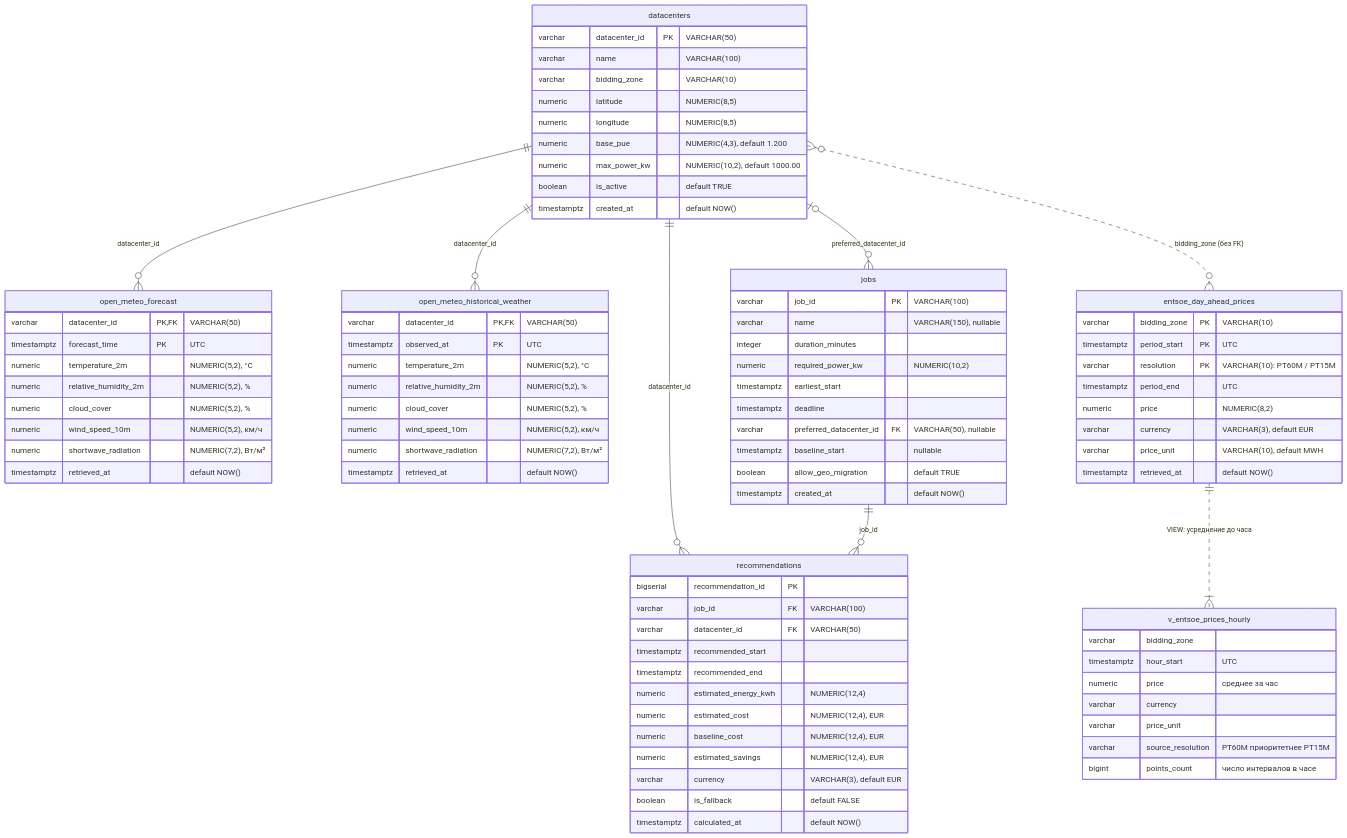
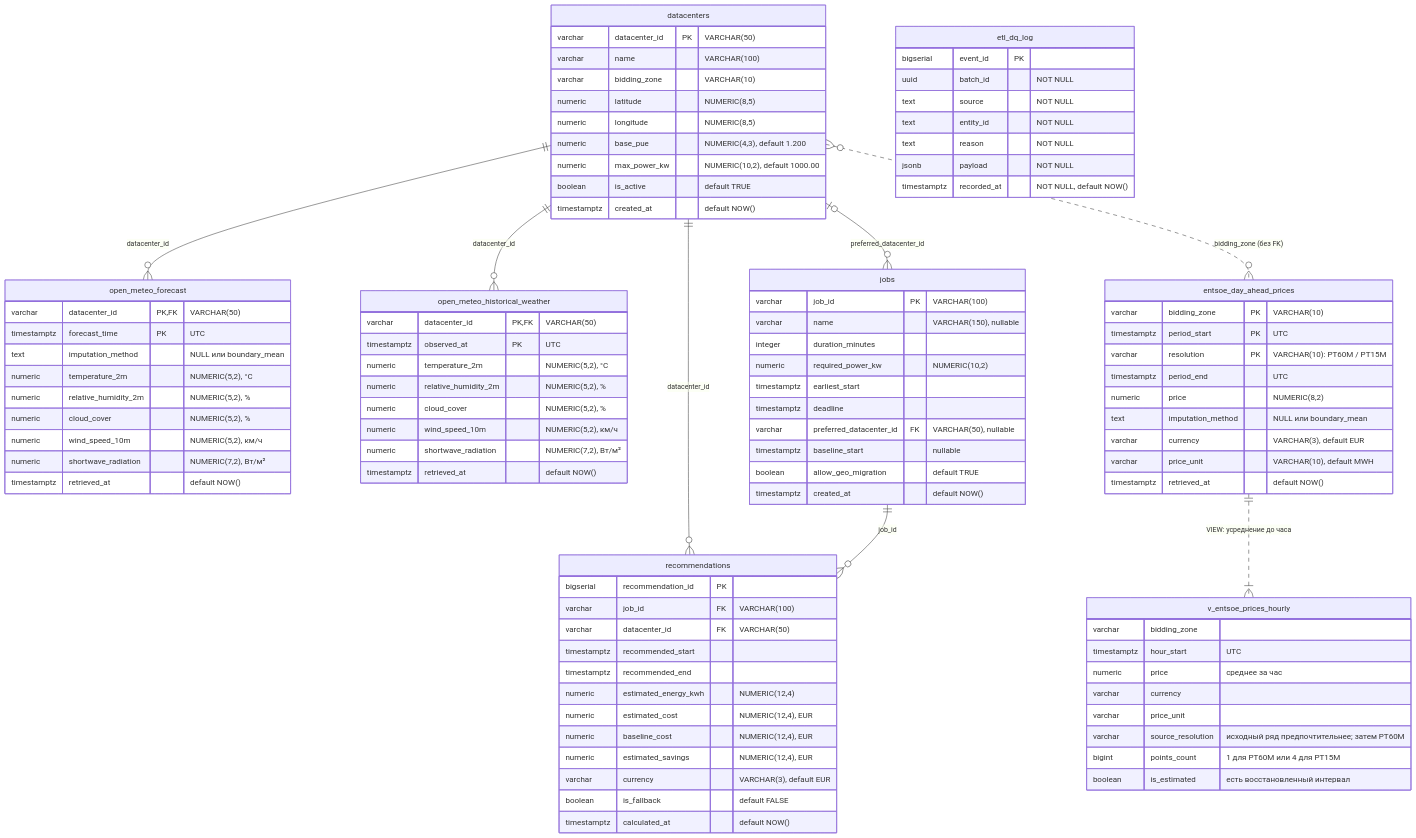
One commit to Isnob/ecogrid_flow changed the diagram in docs/data/ERD.md. Above: the diagram before and after it, drawn with Mermaid. The commit also changed other lines of this file and 14 other files, not shown here.

```diff
--- a/docs/data/ERD.md
+++ b/docs/data/ERD.md
@@ -40,6 +40,7 @@
         varchar resolution PK "VARCHAR(10): PT60M / PT15M"
         timestamptz period_end "UTC"
         numeric price "NUMERIC(8,2)"
+        text imputation_method "NULL или boundary_mean"
         varchar currency "VARCHAR(3), default EUR"
         varchar price_unit "VARCHAR(10), default MWH"
         timestamptz retrieved_at "default NOW()"
@@ -51,13 +52,15 @@
         numeric price "среднее за час"
         varchar currency
         varchar price_unit
-        varchar source_resolution "PT60M приоритетнее PT15M"
-        bigint points_count "число интервалов в часе"
+        varchar source_resolution "исходный ряд предпочтительнее; затем PT60M"
+        bigint points_count "1 для PT60M или 4 для PT15M"
+        boolean is_estimated "есть восстановленный интервал"
     }
 
     open_meteo_forecast {
         varchar datacenter_id PK,FK "VARCHAR(50)"
         timestamptz forecast_time PK "UTC"
+        text imputation_method "NULL или boundary_mean"
         numeric temperature_2m "NUMERIC(5,2), °C"
         numeric relative_humidity_2m "NUMERIC(5,2), %"
         numeric cloud_cover "NUMERIC(5,2), %"
@@ -75,6 +78,16 @@
         numeric wind_speed_10m "NUMERIC(5,2), км/ч"
         numeric shortwave_radiation "NUMERIC(7,2), Вт/м²"
         timestamptz retrieved_at "default NOW()"
+    }
+
+    etl_dq_log {
+        bigserial event_id PK
+        uuid batch_id "NOT NULL"
+        text source "NOT NULL"
+        text entity_id "NOT NULL"
+        text reason "NOT NULL"
+        jsonb payload "NOT NULL"
+        timestamptz recorded_at "NOT NULL, default NOW()"
     }
 
     jobs {
```
